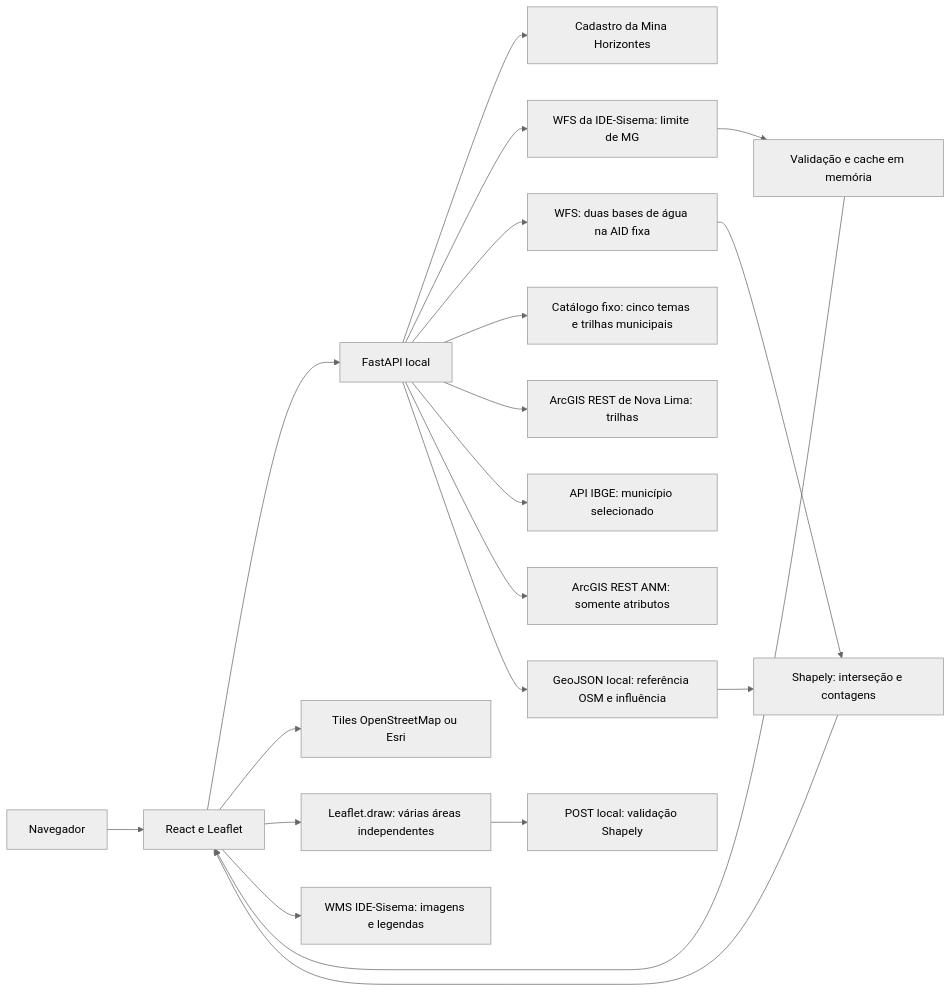
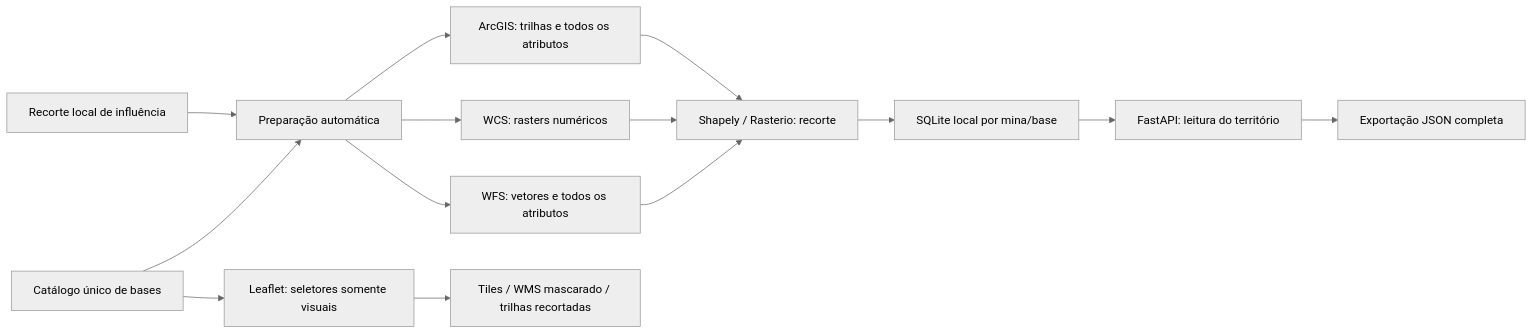
One commit to Rafael-Inacio-Silva/Geo_Vale changed the diagram in docs/ARQUITETURA.md. Above: the diagram before and after it, drawn with Mermaid (neutral theme). The commit also changed other lines of this file and 56 other files, not shown here.

Commit message:
Prepara dados por mina e simplifica a exploração da influência

````diff
--- a/docs/ARQUITETURA.md
+++ b/docs/ARQUITETURA.md
@@ -3,22 +3,16 @@
 ```mermaid
 flowchart LR
-    U[Navegador] --> F[React e Leaflet]
-    F --> A[FastAPI local]
-    A --> C[Cadastro da Mina Horizontes]
-    A --> W[WFS da IDE-Sisema: limite de MG]
-    A --> H[WFS: duas bases de água na AID fixa]
-    H --> X[Shapely: interseção e contagens]
-    R --> X
-    X --> F
-    W --> M[Validação e cache em memória]
-    M --> F
-    F --> T[Tiles OpenStreetMap ou Esri]
-    A --> G[Catálogo fixo: cinco temas e trilhas municipais]
-    A --> P[ArcGIS REST de Nova Lima: trilhas]
-    A --> I[API IBGE: município selecionado]
-    A --> N[ArcGIS REST ANM: somente atributos]
-    A --> R[GeoJSON local: referência OSM e influência]
-    F --> D[Leaflet.draw: várias áreas independentes]
-    D --> V[POST local: validação Shapely]
-    F --> S[WMS IDE-Sisema: imagens e legendas]
+    C[Catálogo único de bases] --> P[Preparação automática]
+    R[Recorte local de influência] --> P
+    P --> W[WFS: vetores e todos os atributos]
+    P --> T[WCS: rasters numéricos]
+    P --> G[ArcGIS: trilhas e todos os atributos]
+    W --> X[Shapely / Rasterio: recorte]
+    T --> X
+    G --> X
+    X --> B[SQLite local por mina/base]
+    B --> A[FastAPI: leitura do território]
+    A --> U[Exportação JSON completa]
+    C --> V[Leaflet: seletores somente visuais]
+    V --> F[Tiles / WMS mascarado / trilhas recortadas]
 ```
````
